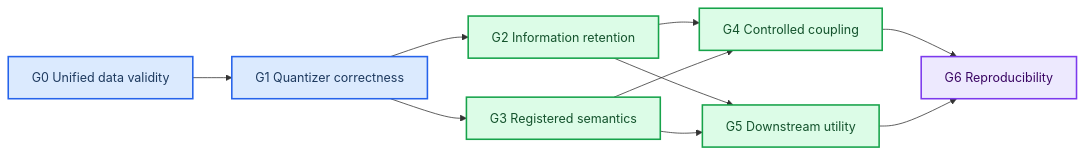
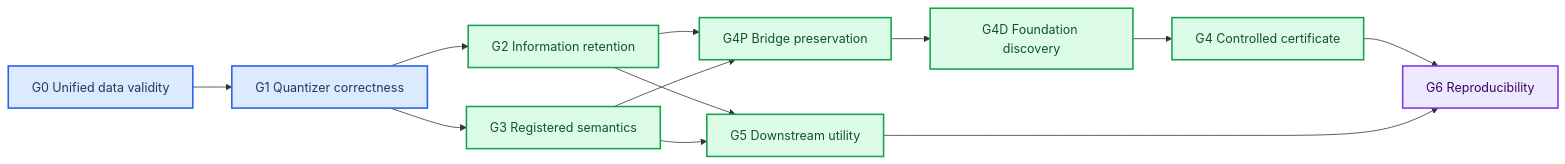
The first of 2 diagrams in docs/physiology_semantic_tokenizer/05_EXPERIMENT_DESIGN.md (Kevin65536/PID-MCM), drawn with Mermaid before and after one commit. The commit also changed other lines of this file and 18 other files, not shown here.

````diff
--- a/docs/physiology_semantic_tokenizer/05_EXPERIMENT_DESIGN.md
+++ b/docs/physiology_semantic_tokenizer/05_EXPERIMENT_DESIGN.md
@@ -11,23 +11,25 @@
 ```mermaid
 flowchart LR
     accTitle: Scientific claim gate hierarchy
-    accDescr: Data validity and quantizer correctness precede two co-equal tokenizer gates for information retention and registered semantics; both are required before controlled coupling or downstream utility is evaluated.
+    accDescr: Data validity and quantizer correctness precede co-equal retention and semantics gates, followed by bridge preservation, foundation discovery, independent controlled coupling, and reproducibility.
 
     g0["G0 Unified data validity"] --> g1["G1 Quantizer correctness"]
     g1 --> g2["G2 Information retention"]
     g1 --> g3["G3 Registered semantics"]
-    g2 --> g4
-    g3 --> g4["G4 Controlled coupling"]
+    g2 --> g4p
+    g3 --> g4p["G4P Bridge preservation"]
+    g4p --> g4d["G4D Foundation discovery"]
+    g4d --> g4["G4 Controlled certificate"]
     g2 --> g5
     g3 --> g5["G5 Downstream utility"]
     g4 --> g6["G6 Reproducibility"]
     g5 --> g6
 
     classDef foundation fill:#dbeafe,stroke:#2563eb,stroke-width:2px,color:#1e3a5f
     classDef evidence fill:#dcfce7,stroke:#16a34a,stroke-width:2px,color:#14532d
     classDef terminal fill:#ede9fe,stroke:#7c3aed,stroke-width:2px,color:#3b0764
 
     class g0,g1 foundation
-    class g2,g3,g4,g5 evidence
+    class g2,g3,g4p,g4d,g4,g5 evidence
     class g6 terminal
 ```
````
